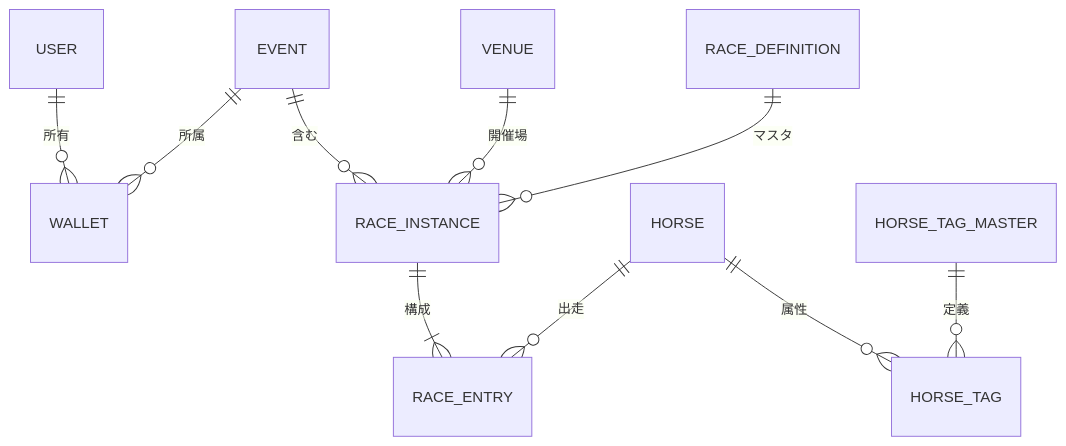
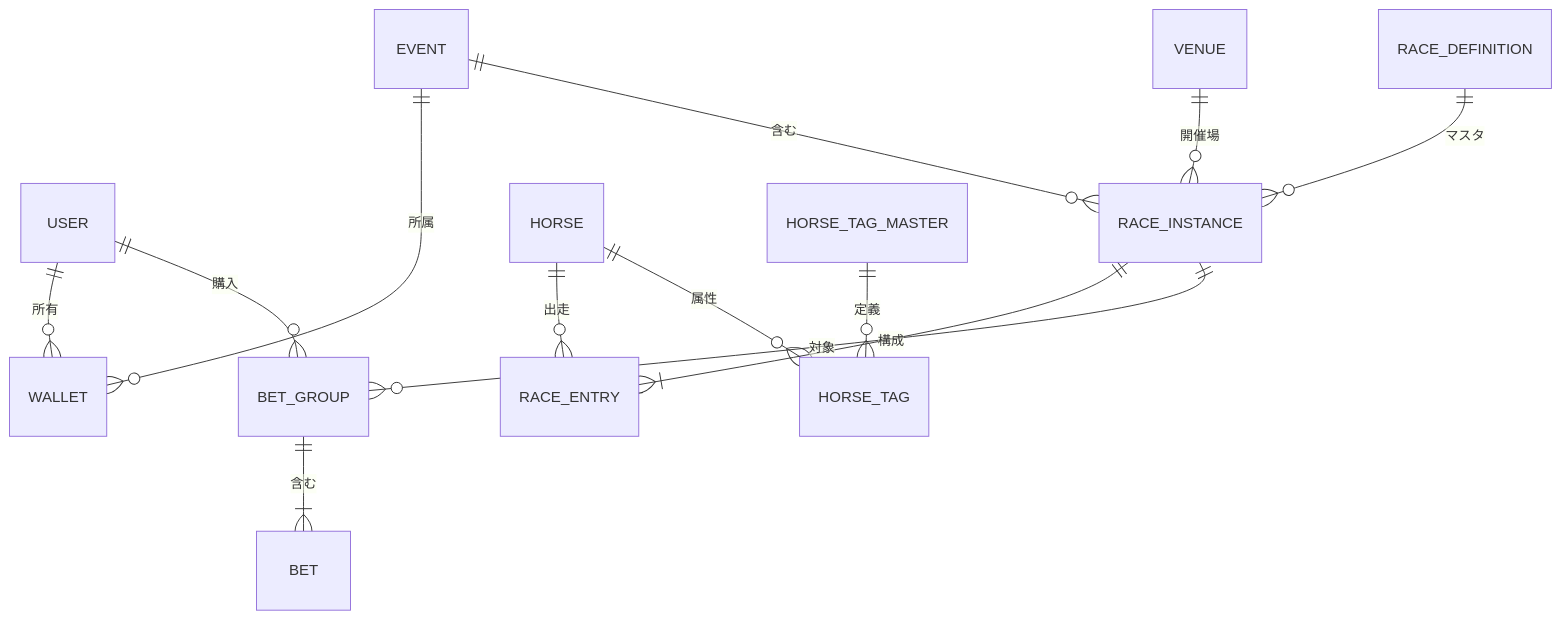
The diagram in docs/DATABASE_DESIGN.md (qwq-net/paper-tipster-web), drawn with Mermaid before and after one commit. The commit also changed other lines of this file and 10 other files, not shown here.

````diff
--- a/docs/DATABASE_DESIGN.md
+++ b/docs/DATABASE_DESIGN.md
@@ -214,12 +245,15 @@
 ```mermaid
 erDiagram
     USER ||--o{ WALLET : "所有"
     EVENT ||--o{ WALLET : "所属"
     EVENT ||--o{ RACE_INSTANCE : "含む"
     VENUE ||--o{ RACE_INSTANCE : "開催場"
     RACE_DEFINITION ||--o{ RACE_INSTANCE : "マスタ"
     RACE_INSTANCE ||--|{ RACE_ENTRY : "構成"
     HORSE ||--o{ RACE_ENTRY : "出走"
     HORSE ||--o{ HORSE_TAG : "属性"
     HORSE_TAG_MASTER ||--o{ HORSE_TAG : "定義"
+    USER ||--o{ BET_GROUP : "購入"
+    RACE_INSTANCE ||--o{ BET_GROUP : "対象"
+    BET_GROUP ||--|{ BET : "含む"
 ```
````
